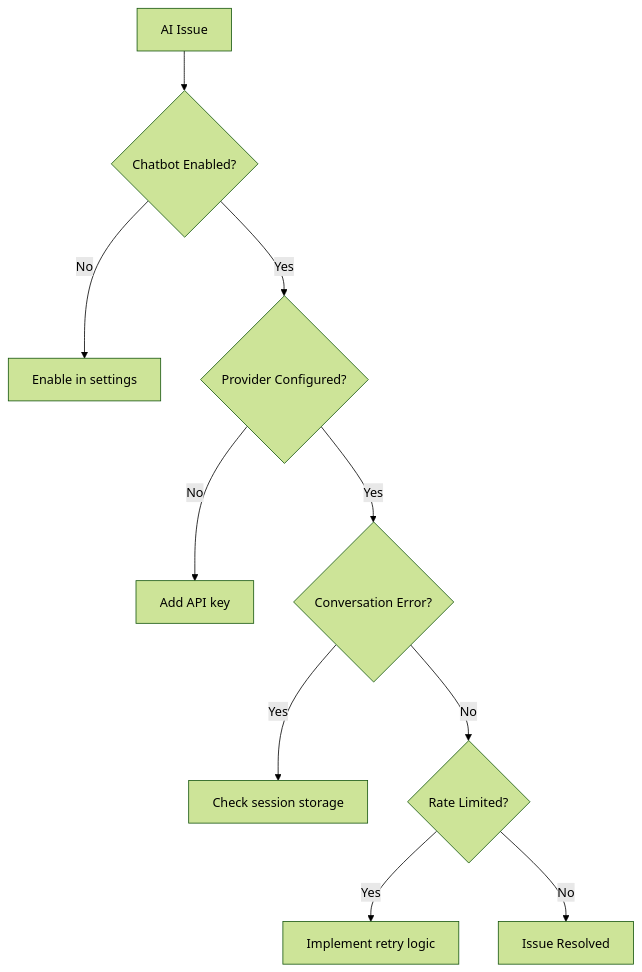
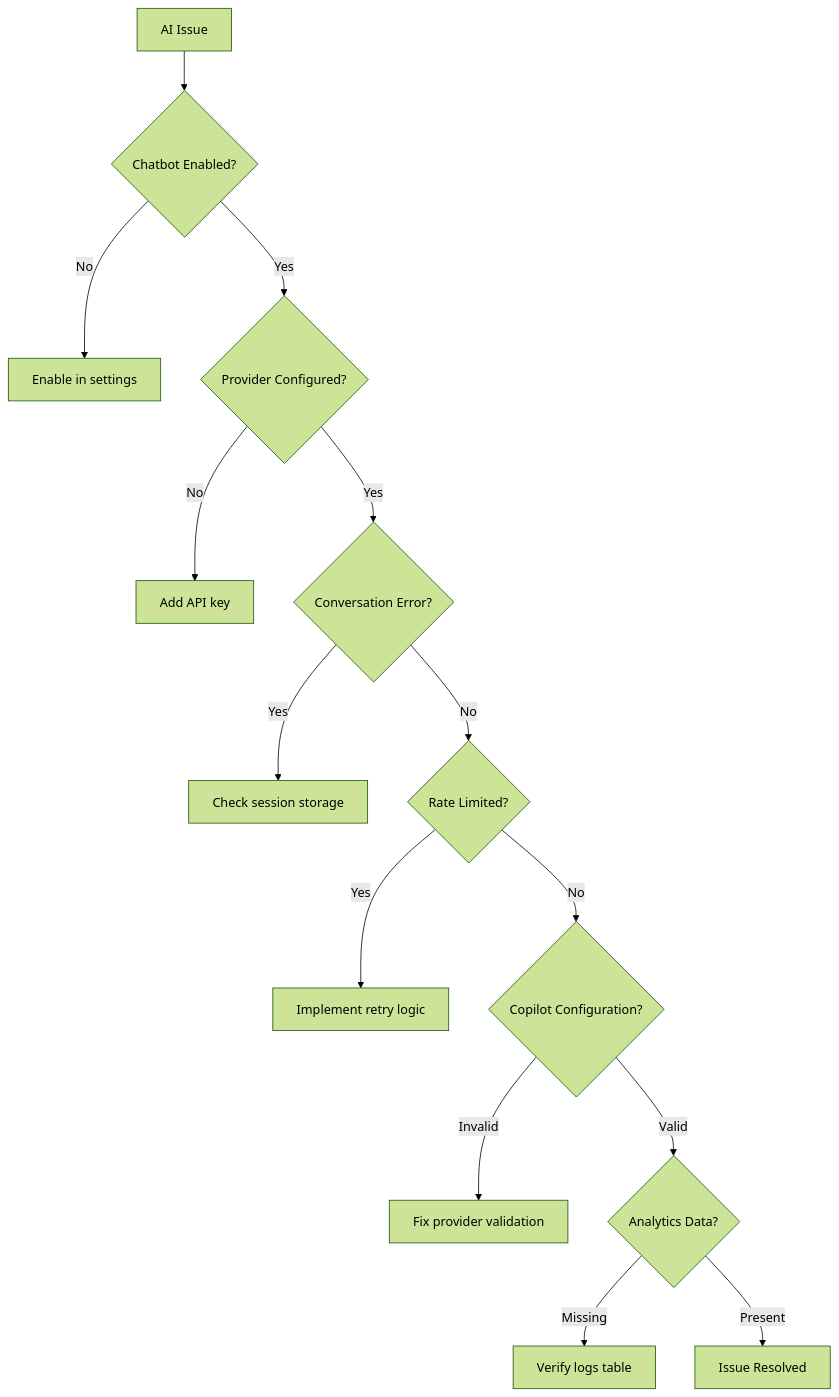
Diagram 12 of 12 in .qoder/repowiki/en/content/AI Integration/AI Integration.md (younesgamer68/helpdesk-system), drawn with Mermaid (forest theme) before and after one commit. The commit also changed other lines of this file and 12 other files, not shown here.

````diff
--- a/.qoder/repowiki/en/content/AI Integration/AI Integration.md
+++ b/.qoder/repowiki/en/content/AI Integration/AI Integration.md
@@ -329,12 +546,16 @@
 ```mermaid
 flowchart TD
 Problem["AI Issue"] --> Check1{"Chatbot Enabled?"}
 Check1 --> |No| Enable["Enable in settings"]
 Check1 --> |Yes| Check2{"Provider Configured?"}
 Check2 --> |No| Configure["Add API key"]
 Check2 --> |Yes| Check3{"Conversation Error?"}
 Check3 --> |Yes| Debug["Check session storage"]
 Check3 --> |No| RateLimit{"Rate Limited?"}
 RateLimit --> |Yes| Wait["Implement retry logic"]
-RateLimit --> |No| Success["Issue Resolved"]
+RateLimit --> |No| Check4{"Copilot Configuration?"}
+Check4 --> |Invalid| FixCopilot["Fix provider validation"]
+Check4 --> |Valid| Check5{"Analytics Data?"}
+Check5 --> |Missing| CheckLogs["Verify logs table"]
+Check5 --> |Present| Success["Issue Resolved"]
 ```
````
